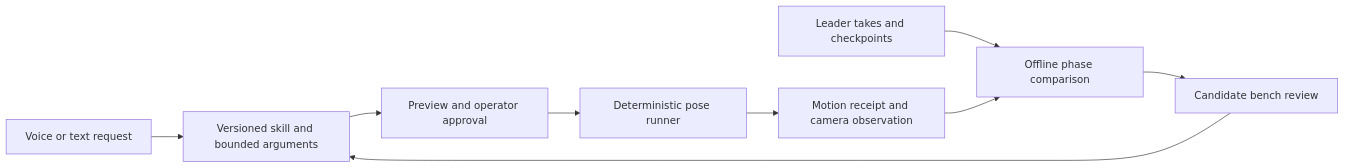
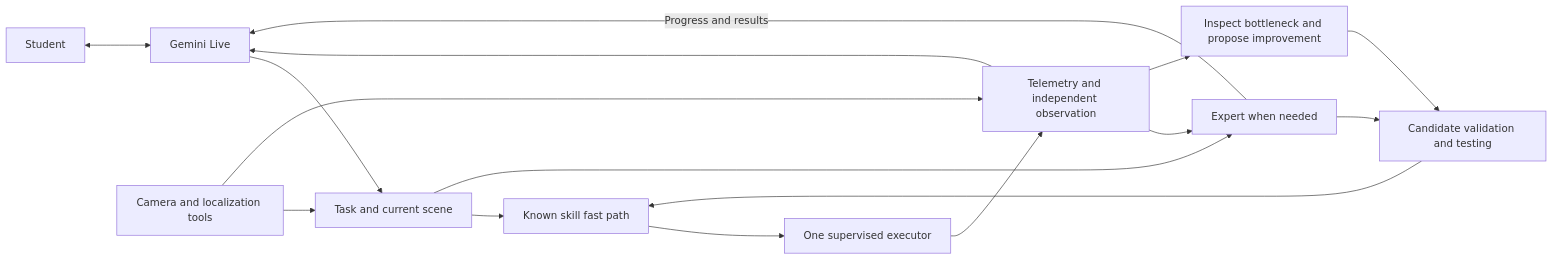
One commit to VictorJimenez3/OpenArms changed the diagram in docs/ARCHITECTURE.md. Above: the diagram before and after it, drawn with Mermaid. The commit also changed other lines of this file and 10 other files, not shown here.

Commit message:
Align demo vision with physical student control and fast improving skills

````diff
--- a/docs/ARCHITECTURE.md
+++ b/docs/ARCHITECTURE.md
@@ -26,11 +26,18 @@
 ```mermaid
 flowchart LR
-    Student[Voice or text request] --> Skill[Versioned skill and bounded arguments]
-    Skill --> Approve[Preview and operator approval]
-    Approve --> Arm[Deterministic pose runner]
-    Arm --> Outcome[Motion receipt and camera observation]
-    Teach[Leader takes and checkpoints] --> Compare[Offline phase comparison]
-    Outcome --> Compare
-    Compare --> Review[Candidate bench review]
-    Review --> Skill
+  S[Student] <--> G[Gemini Live]
+  G --> R[Task and current scene]
+  R --> K[Known skill fast path]
+  R --> E[Expert when needed]
+  C[Camera and localization tools] --> R
+  E -->|Progress and results| G
+  E --> V[Candidate validation and testing]
+  V --> K
+  K --> X[One supervised executor]
+  X --> O[Telemetry and independent observation]
+  C --> O
+  O --> G
+  O --> E
+  O --> I[Inspect bottleneck and propose improvement]
+  I --> V
 ```
````
